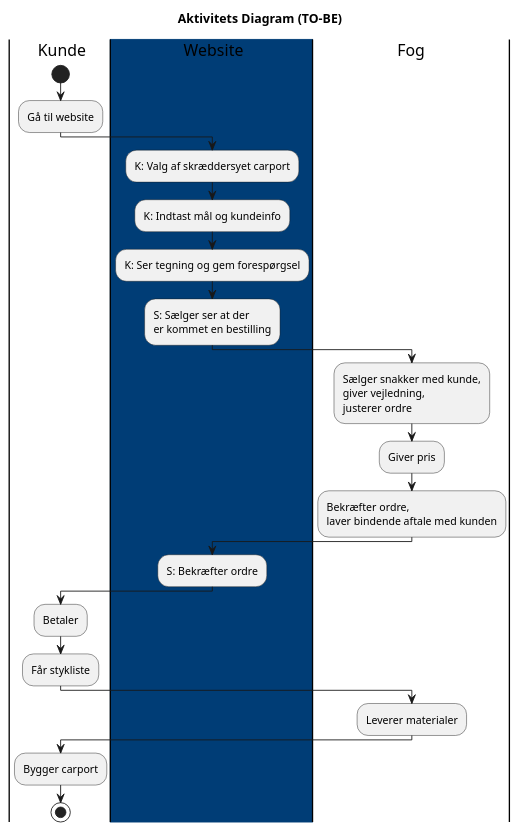
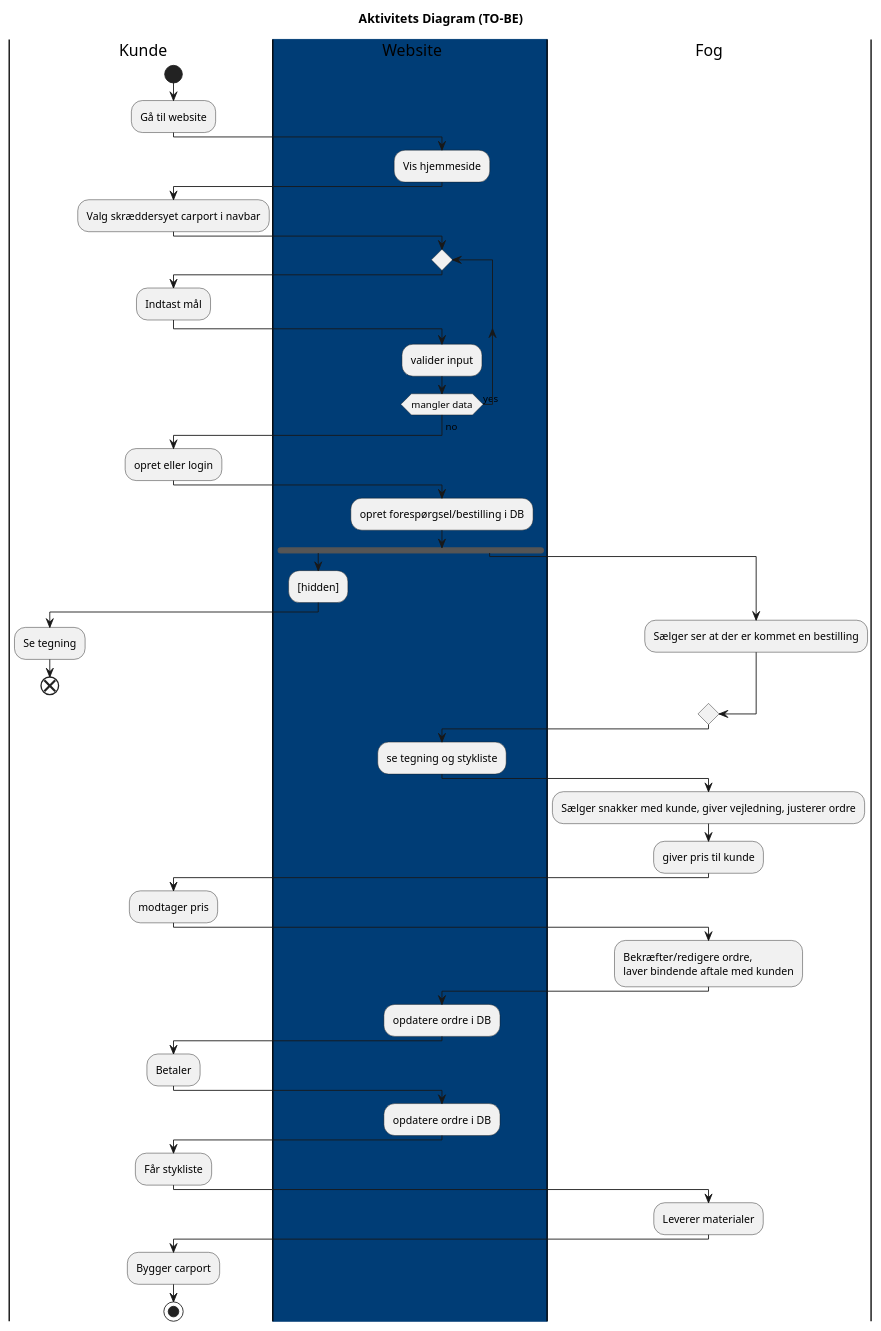
Before and after one commit to larvad/carport: the diagram in documentation/To-Be.puml, drawn with PlantUML.

Commit message:
update til aktivitets digram TO-BE

```diff
--- a/documentation/To-Be.puml
+++ b/documentation/To-Be.puml
@@ -1,30 +1,61 @@
 @startuml
 'https://plantuml.com/activity-diagram-beta
 Title Aktivitets Diagram (TO-BE)
 |k| Kunde
 start
 :Gå til website;
+|w|
+:Vis hjemmeside;
+|k|
+:Valg skræddersyet carport i navbar;
+
 |#003D76|w| Website
-:K: Valg af skræddersyet carport;
-:K: Indtast mål og kundeinfo;
-:K: Ser tegning og gem forespørgsel;
-:S: Sælger ser at der
-er kommet en bestilling;
+repeat
+|k|
+:Indtast mål;
+|w|
+  :valider input;
+repeat while (mangler data) is (yes)
+->no;
+
+|k|
+:opret eller login;
+|w|
+:opret forespørgsel/bestilling i DB;
+
+fork
+|w|
+:[hidden];
+|k|
+:Se tegning;
+end
+fork again
+  |s|
+  :Sælger ser at der er kommet en bestilling;
+end merge
+|w|
+:se tegning og stykliste;
+
 |s|Fog
-:Sælger snakker med kunde,
-giver vejledning,
-justerer ordre;
-:Giver pris;
-:Bekræfter ordre,
+:Sælger snakker med kunde, giver vejledning, justerer ordre;
+:giver pris til kunde;
+|k|
+:modtager pris;
+|s|
+:Bekræfter/redigere ordre,
 laver bindende aftale med kunden;
+
 |w|
-:S: Bekræfter ordre;
+:opdatere ordre i DB;
 |k|
 :Betaler;
+|w|
+:opdatere ordre i DB;
+|k|
 :Får stykliste;
 |s|
 :Leverer materialer;
 |k|
 :Bygger carport;
 stop
 @enduml
```
